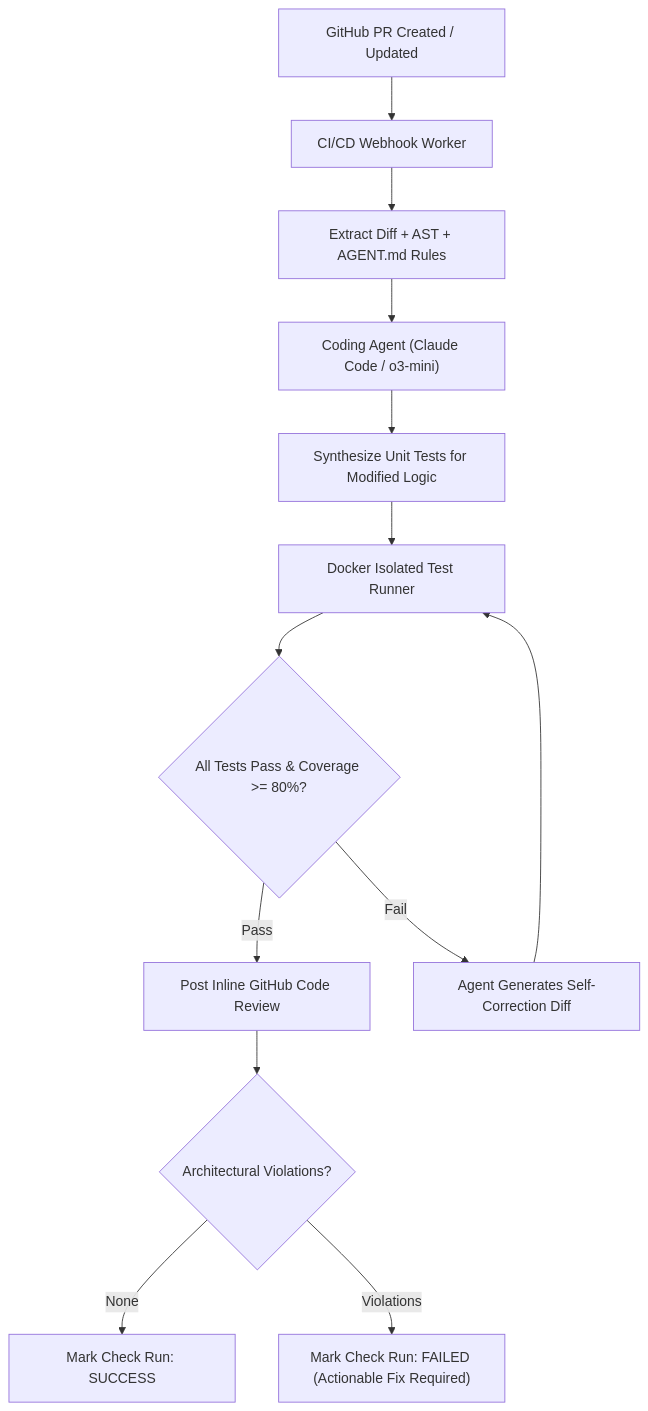
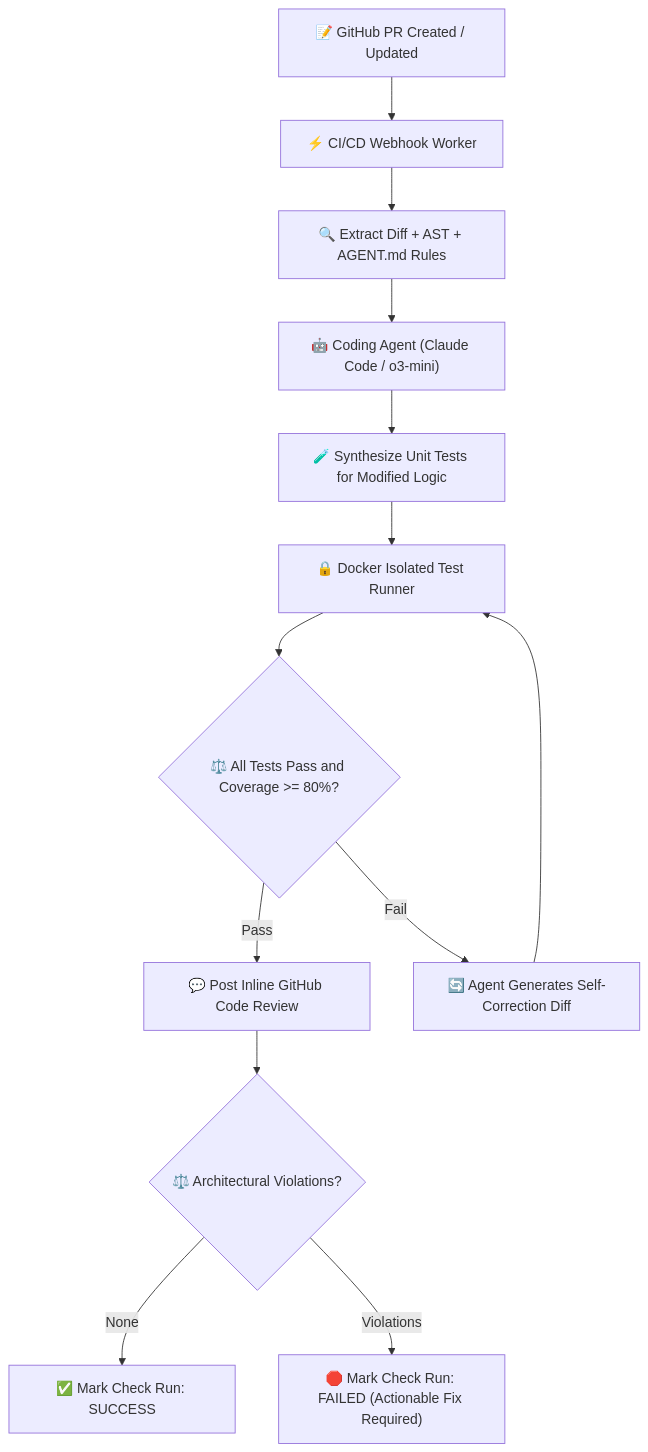
The fourth of 11 diagrams in architecture/enterprise-ai-system-designs.md (dip4k/senior-engineer-to-ai-engineer-roadmap), drawn with Mermaid before and after one commit. The commit also changed other lines of this file and 94 other files, not shown here.

Commit message:
refactor(curriculum): complete Phase 04 upgrade and enforce diagram renderer invariants

````diff
--- a/architecture/enterprise-ai-system-designs.md
+++ b/architecture/enterprise-ai-system-designs.md
@@ -187,19 +187,19 @@
 ```mermaid
 flowchart TD
-    PR["GitHub PR Created / Updated"] --> Webhook["CI/CD Webhook Worker"]
-    Webhook --> Context["Extract Diff + AST + AGENT.md Rules"]
+    PR["📝 GitHub PR Created / Updated"] --> Webhook["⚡ CI/CD Webhook Worker"]
+    Webhook --> Context["🔍 Extract Diff + AST + AGENT.md Rules"]
     
-    Context --> CodeAgent["Coding Agent (Claude Code / o3-mini)"]
-    CodeAgent --> TestGen["Synthesize Unit Tests for Modified Logic"]
+    Context --> CodeAgent["🤖 Coding Agent (Claude Code / o3-mini)"]
+    CodeAgent --> TestGen["🧪 Synthesize Unit Tests for Modified Logic"]
     
-    TestGen --> Sandbox["Docker Isolated Test Runner"]
-    Sandbox --> TestResult{"All Tests Pass & Coverage >= 80%?"}
+    TestGen --> Sandbox["🔒 Docker Isolated Test Runner"]
+    Sandbox --> TestResult{"⚖️ All Tests Pass and Coverage >= 80%?"}
     
-    TestResult -- "Pass" --> Comment["Post Inline GitHub Code Review"]
-    TestResult -- "Fail" --> AutoPatch["Agent Generates Self-Correction Diff"]
+    TestResult -- "Pass" --> Comment["💬 Post Inline GitHub Code Review"]
+    TestResult -- "Fail" --> AutoPatch["🔄 Agent Generates Self-Correction Diff"]
     AutoPatch --> Sandbox
     
-    Comment --> MergeGate{"Architectural Violations?"}
-    MergeGate -- "None" --> Approve["Mark Check Run: SUCCESS"]
-    MergeGate -- "Violations" --> Block["Mark Check Run: FAILED (Actionable Fix Required)"]
+    Comment --> MergeGate{"⚖️ Architectural Violations?"}
+    MergeGate -- "None" --> Approve["✅ Mark Check Run: SUCCESS"]
+    MergeGate -- "Violations" --> Block["🛑 Mark Check Run: FAILED (Actionable Fix Required)"]
 ```
````
